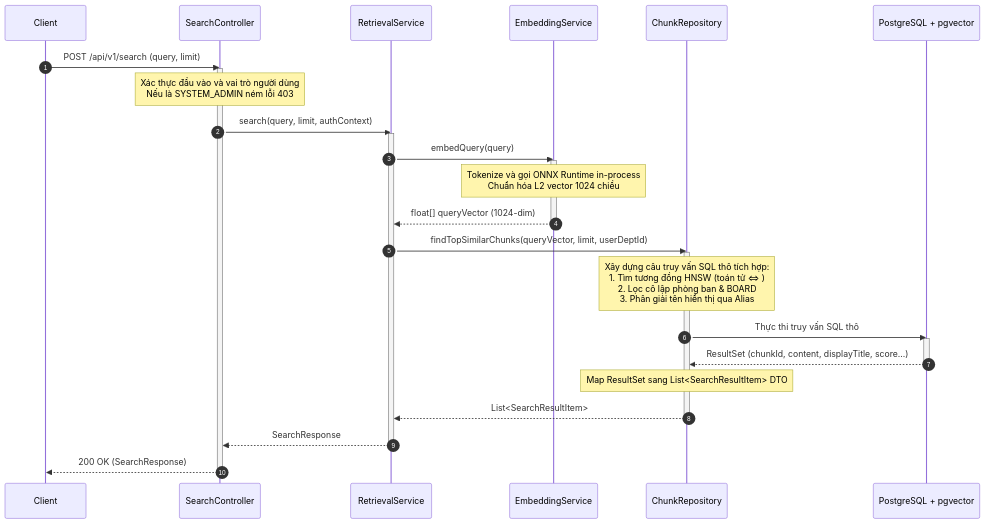
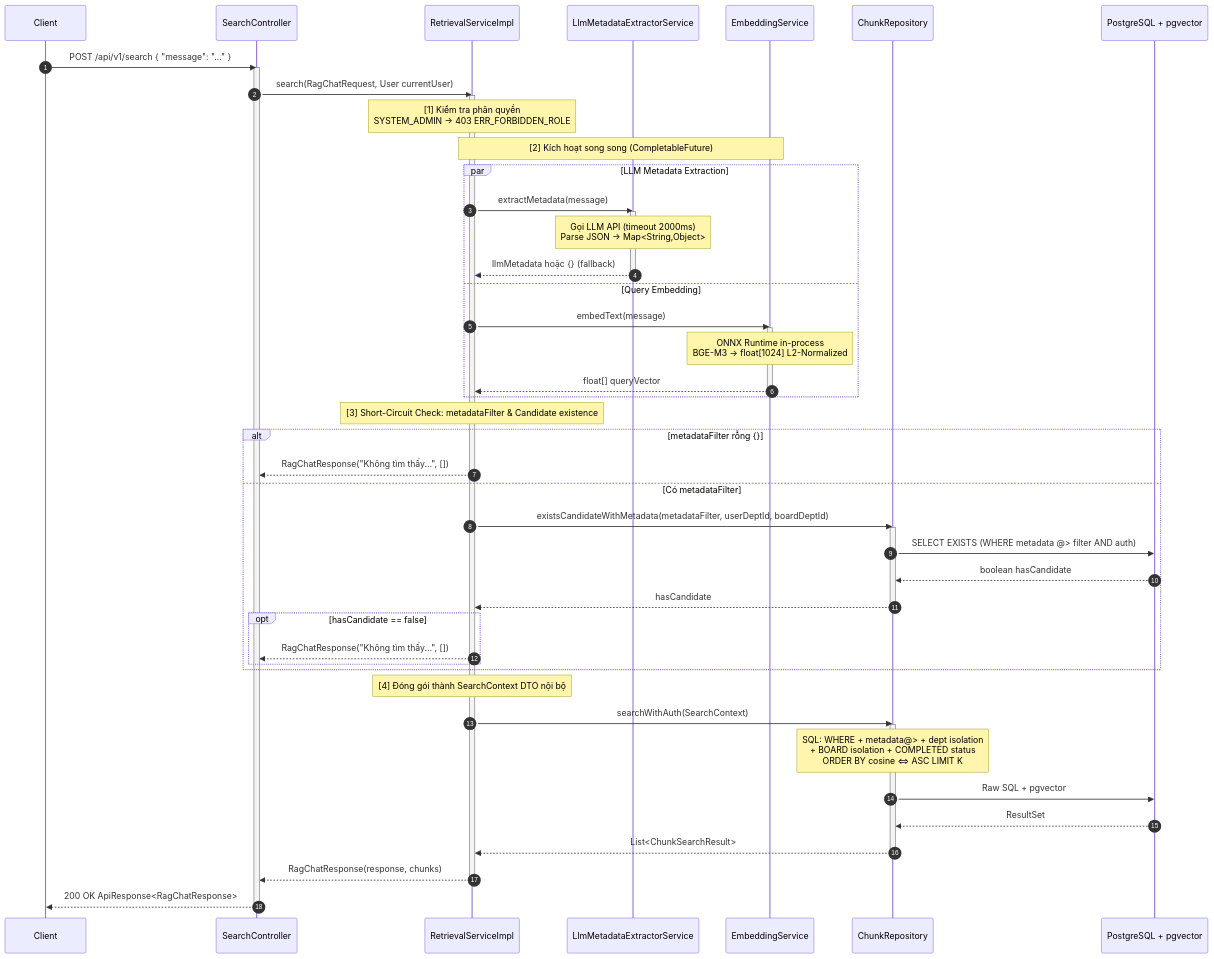
One commit to thanhhuong1523/enterprise-ai-systems changed the third of 5 diagrams in eap/docs/week4/DetailedDesign.md. Above: the diagram before and after it, drawn with Mermaid. The commit also changed other lines of this file and 87 other files, not shown here.

````diff
--- a/eap/docs/week4/DetailedDesign.md
+++ b/eap/docs/week4/DetailedDesign.md
@@ -176,44 +198,63 @@
 ```mermaid
 sequenceDiagram
     autonumber
     participant C as Client
     participant SC as SearchController
-    participant RS as RetrievalService
+    participant RS as RetrievalServiceImpl
+    participant LLM as LlmMetadataExtractorService
     participant ES as EmbeddingService
-    participant R as ChunkRepository
+    participant CR as ChunkRepository
     participant DB as PostgreSQL + pgvector
 
-    C->>SC: POST /api/v1/search (query, limit)
+    C->>SC: POST /api/v1/search { "message": "..." }
     activate SC
-    
-    Note over SC: Xác thực đầu vào và vai trò người dùng<br/>Nếu là SYSTEM_ADMIN ném lỗi 403
-    
-    SC->>RS: search(query, limit, authContext)
+    SC->>RS: search(RagChatRequest, User currentUser)
     activate RS
-    
-    RS->>ES: embedQuery(query)
-    activate ES
-    Note over ES: Tokenize và gọi ONNX Runtime in-process<br/>Chuẩn hóa L2 vector 1024 chiều
-    ES-->>RS: float[] queryVector (1024-dim)
-    deactivate ES
-    
-    RS->>R: findTopSimilarChunks(queryVector, limit, userDeptId)
-    activate R
-    
-    Note over R: Xây dựng câu truy vấn SQL thô tích hợp:<br/>1. Tìm tương đồng HNSW (toán tử <=> )<br/>2. Lọc cô lập phòng ban & BOARD<br/>3. Phân giải tên hiển thị qua Alias
-    
-    R->>DB: Thực thi truy vấn SQL thô
-    activate DB
-    DB-->>R: ResultSet (chunkId, content, displayTitle, score...)
-    deactivate DB
-    
-    Note over R: Map ResultSet sang List<SearchResultItem> DTO
-    R-->>RS: List<SearchResultItem>
-    deactivate R
-    
-    RS-->>SC: SearchResponse
+
+    Note over RS: [1] Kiểm tra phân quyền<br/>SYSTEM_ADMIN → 403 ERR_FORBIDDEN_ROLE
+
+    Note over RS,ES: [2] Kích hoạt song song (CompletableFuture)
+    par LLM Metadata Extraction
+        RS->>LLM: extractMetadata(message)
+        activate LLM
+        Note over LLM: Gọi LLM API (timeout 2000ms)<br/>Parse JSON → Map<String,Object>
+        LLM-->>RS: llmMetadata hoặc {} (fallback)
+        deactivate LLM
+    and Query Embedding
+        RS->>ES: embedText(message)
+        activate ES
+        Note over ES: ONNX Runtime in-process<br/>BGE-M3 → float[1024] L2-Normalized
+        ES-->>RS: float[] queryVector
+        deactivate ES
+    end
+
+    Note over RS: [3] Short-Circuit Check: metadataFilter & Candidate existence
+    alt metadataFilter rỗng {}
+        RS-->>SC: RagChatResponse("Không tìm thấy...", [])
+    else Có metadataFilter
+        RS->>CR: existsCandidateWithMetadata(metadataFilter, userDeptId, boardDeptId)
+        activate CR
+        CR->>DB: SELECT EXISTS (WHERE metadata @> filter AND auth)
+        DB-->>CR: boolean hasCandidate
+        CR-->>RS: hasCandidate
+        deactivate CR
+        opt hasCandidate == false
+            RS-->>SC: RagChatResponse("Không tìm thấy...", [])
+        end
+    end
+
+    Note over RS: [4] Đóng gói thành SearchContext DTO nội bộ
+
+    RS->>CR: searchWithAuth(SearchContext)
+    activate CR
+    Note over CR: SQL: WHERE + metadata@> + dept isolation<br/>+ BOARD isolation + COMPLETED status<br/>ORDER BY cosine <=> ASC LIMIT K
+    CR->>DB: Raw SQL + pgvector
+    DB-->>CR: ResultSet
+    CR-->>RS: List<ChunkSearchResult>
+    deactivate CR
+
+    RS-->>SC: RagChatResponse(response, chunks)
     deactivate RS
-    
-    SC-->>C: 200 OK (SearchResponse)
+    SC-->>C: 200 OK ApiResponse<RagChatResponse>
     deactivate SC
 ```
````
